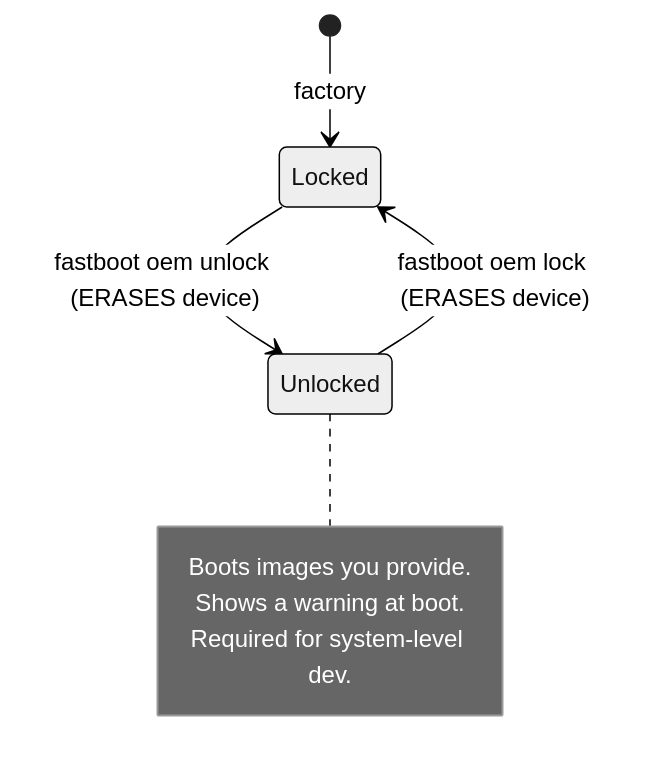
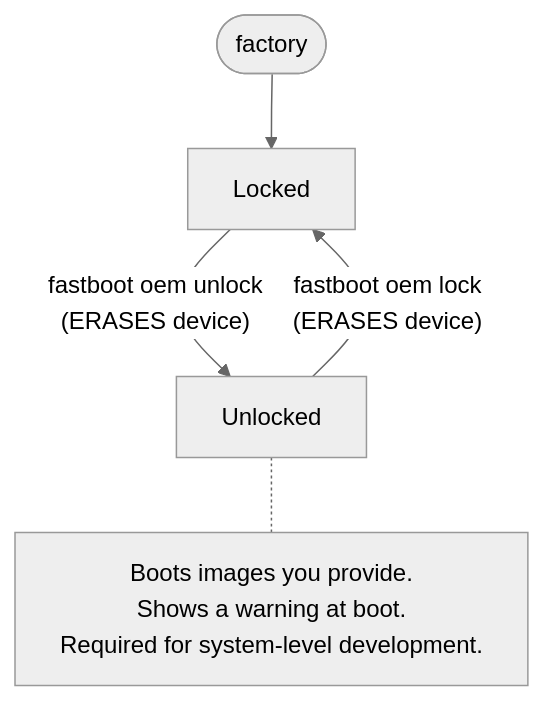
One commit to jim-wyatt/MotoRoot changed the third of 3 diagrams in docs/concepts/boot-chain.md. Above: the diagram before and after it, drawn with Mermaid (neutral theme). The commit also changed other lines of this file and 16 other files, not shown here.

First line of the commit message:
Docs: fix diagram labels folding into narrow columns and overflowing

````diff
--- a/docs/concepts/boot-chain.md
+++ b/docs/concepts/boot-chain.md
@@ -45,11 +47,8 @@
 ```mermaid
-stateDiagram-v2
-    [*] --> Locked: factory
-    Locked --> Unlocked: fastboot oem unlock (ERASES device)
-    Unlocked --> Locked: fastboot oem lock (ERASES device)
-    note right of Unlocked
-        Boots images you provide.
-        Shows a warning at boot.
-        Required for system-level dev.
-    end note
+%%{init: {"flowchart": {"wrappingWidth": 300}}}%%
+flowchart TB
+    F([factory]) --> L[Locked]
+    L -- "fastboot oem unlock<br/>(ERASES device)" --> U[Unlocked]
+    U -- "fastboot oem lock<br/>(ERASES device)" --> L
+    U -.- N["Boots images you provide.<br/>Shows a warning at boot.<br/>Required for system-level development."]
 ```
````
